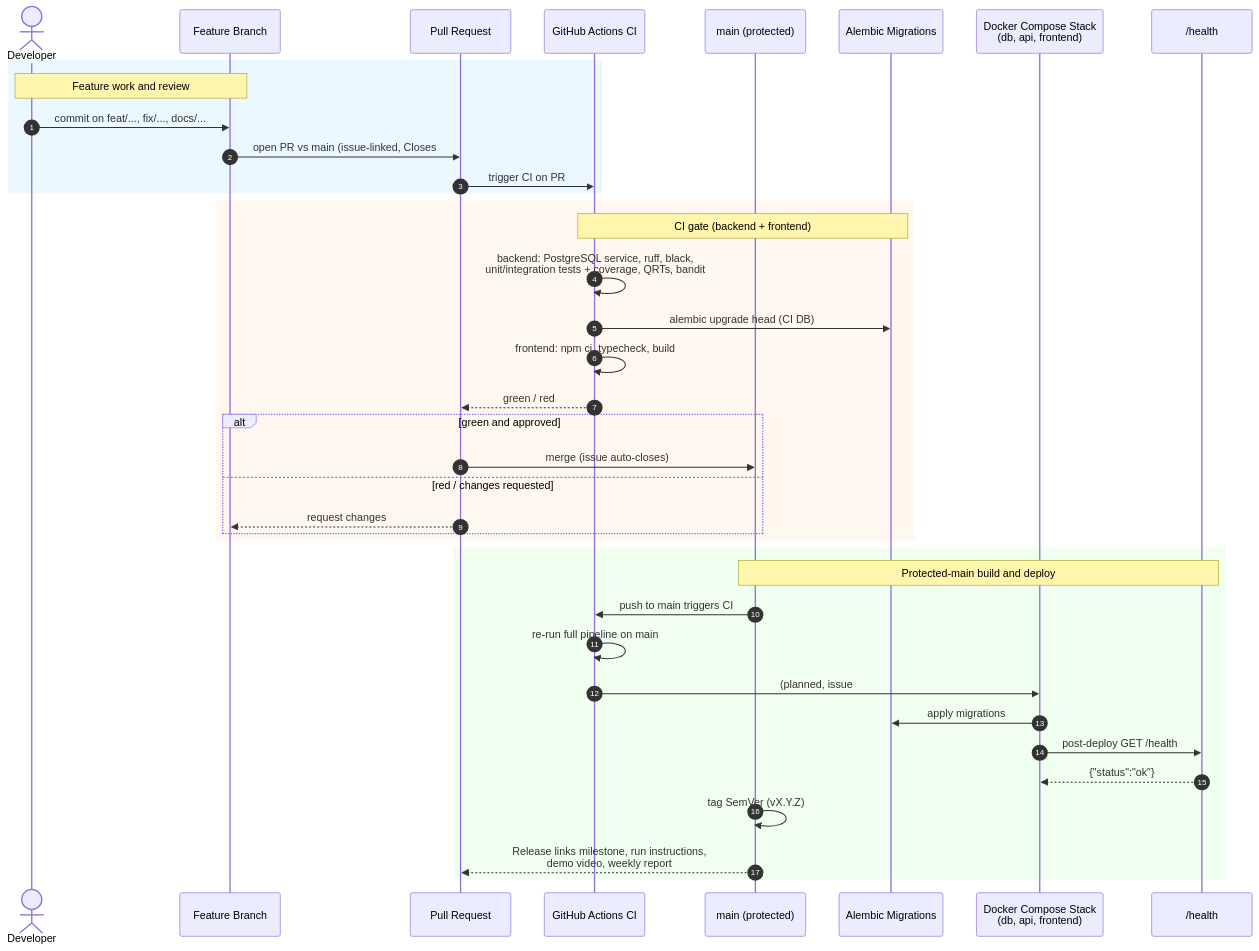
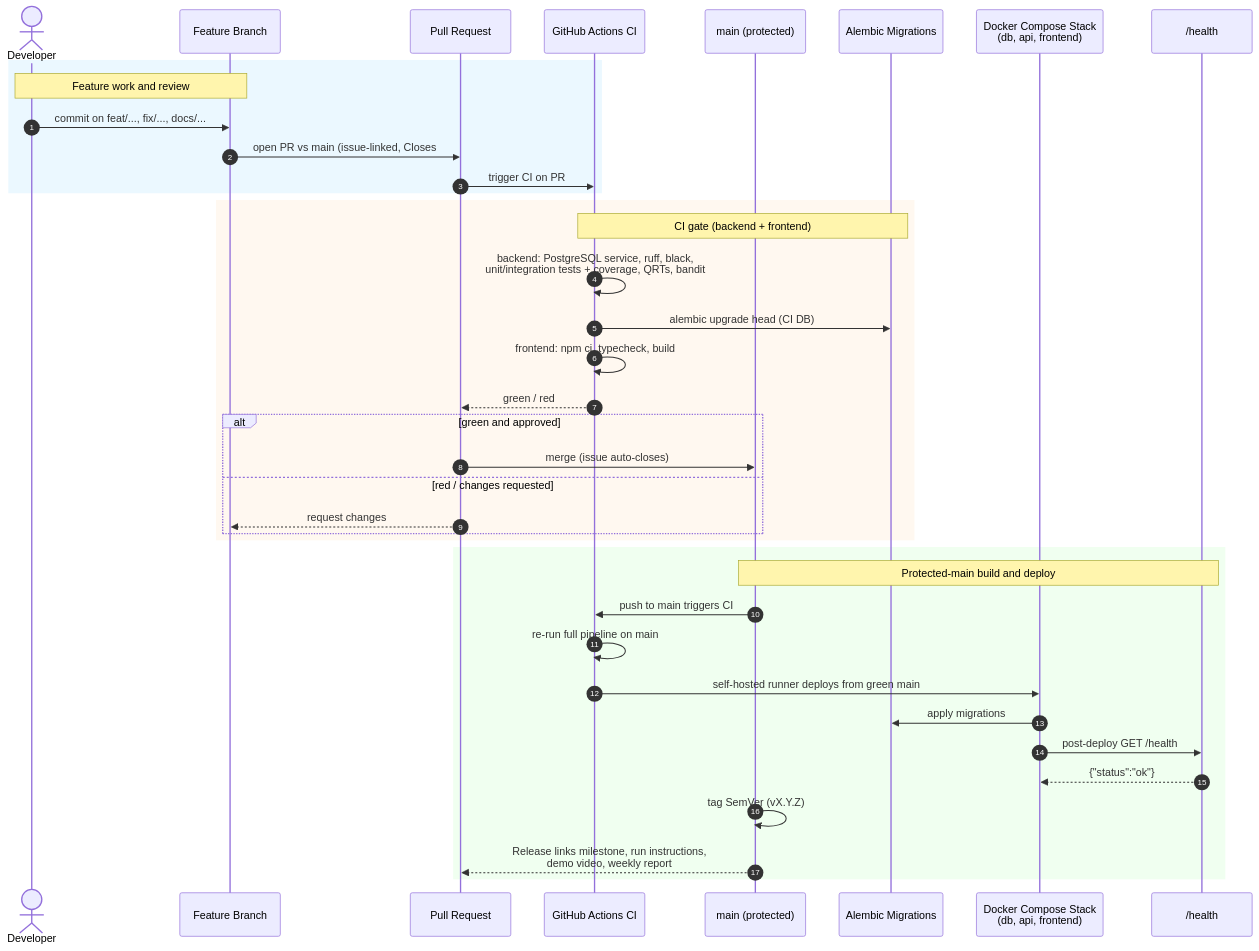
Before and after one commit to Team-9-swp/Route-optimization-Platform-swp: the third of 4 diagrams in docs/architecture/README.md, drawn with Mermaid. The commit also changed other lines of this file and 5 other files, not shown here.

First line of the commit message:
docs: wire deployment into dev-process/architecture after A5 merge

````diff
--- a/docs/architecture/README.md
+++ b/docs/architecture/README.md
@@ -166,44 +166,44 @@
 ```mermaid
 sequenceDiagram
   autonumber
   actor DEV as Developer
   participant BR as Feature Branch
   participant PR as Pull Request
   participant CI as GitHub Actions CI
   participant MAIN as main (protected)
   participant ALEMBIC as Alembic Migrations
   participant STACK as Docker Compose Stack<br/>(db, api, frontend)
   participant HEALTH as /health
 
   rect rgb(235, 248, 255)
   note over DEV,BR: Feature work and review
   DEV->>BR: commit on feat/..., fix/..., docs/...
   BR->>PR: open PR vs main (issue-linked, Closes #N)
   PR->>CI: trigger CI on PR
   end
 
   rect rgb(255, 248, 240)
   note over CI,ALEMBIC: CI gate (backend + frontend)
   CI->>CI: backend: PostgreSQL service, ruff, black,<br/>unit/integration tests + coverage, QRTs, bandit
   CI->>ALEMBIC: alembic upgrade head (CI DB)
   CI->>CI: frontend: npm ci, typecheck, build
   CI-->>PR: green / red
   alt green and approved
     PR->>MAIN: merge (issue auto-closes)
   else red / changes requested
     PR-->>BR: request changes
   end
   end
 
   rect rgb(240, 255, 240)
   note over MAIN,HEALTH: Protected-main build and deploy
   MAIN->>CI: push to main triggers CI
   CI->>CI: re-run full pipeline on main
-  CI->>STACK: (planned, issue #130) auto-deploy from green main
+  CI->>STACK: self-hosted runner deploys from green main
   STACK->>ALEMBIC: apply migrations
   STACK->>HEALTH: post-deploy GET /health
   HEALTH-->>STACK: {"status":"ok"}
   MAIN->>MAIN: tag SemVer (vX.Y.Z)
   MAIN-->>PR: Release links milestone, run instructions,<br/>demo video, weekly report
   end
 ```
````
